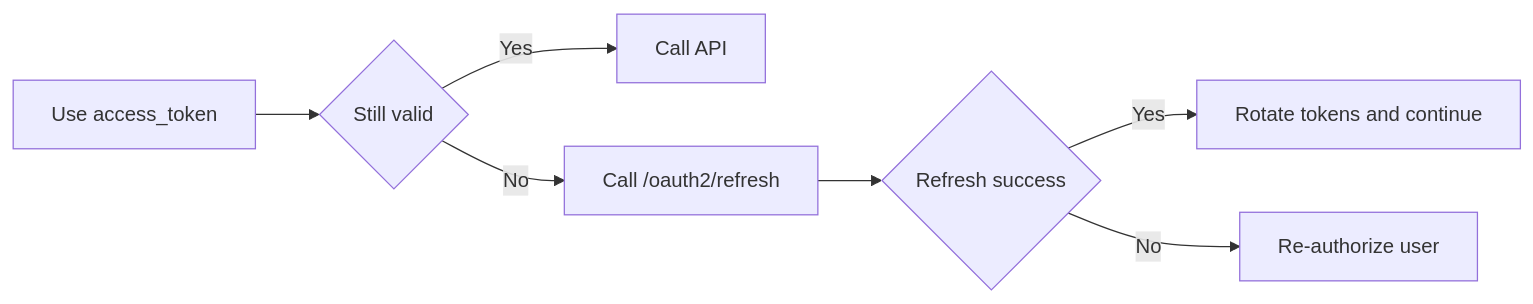
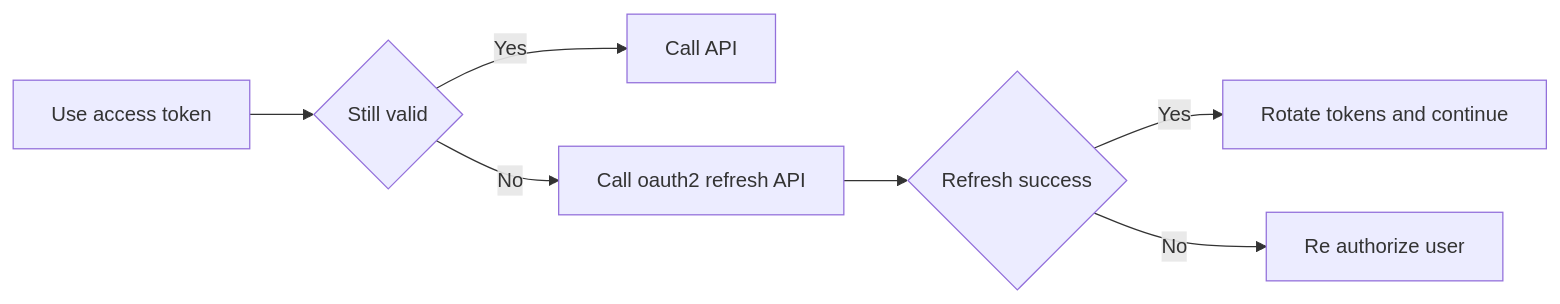
Before and after one commit to EugeneJian/growatt-unified-api: the second of 3 diagrams in Growatt API/Growatt Open API Professional Integration Guide.md, drawn with Mermaid. The commit also changed other lines of this file and 12 other files, not shown here.

First line of the commit message:
[docs]已按你给的 Mermaid代码的终极准则 4.1 对仓库内 全部 Mermaid 做了加固。

````diff
--- a/Growatt API/Growatt Open API Professional Integration Guide.md
+++ b/Growatt API/Growatt Open API Professional Integration Guide.md
@@ -69,9 +70,10 @@
 ```mermaid
+%% 本代码严格遵循AI生成Mermaid代码的终极准则v4.1（Mermaid终极大师）
 flowchart LR
-    A[Use access_token] --> B{Still valid}
-    B -->|Yes| C[Call API]
-    B -->|No| D[Call /oauth2/refresh]
-    D --> E{Refresh success}
-    E -->|Yes| F[Rotate tokens and continue]
-    E -->|No| G[Re-authorize user]
+    A["Use access token"] --> B{"Still valid"}
+    B -->|"Yes"| C["Call API"]
+    B -->|"No"| D["Call oauth2 refresh API"]
+    D --> E{"Refresh success"}
+    E -->|"Yes"| F["Rotate tokens and continue"]
+    E -->|"No"| G["Re authorize user"]
 ```
````
